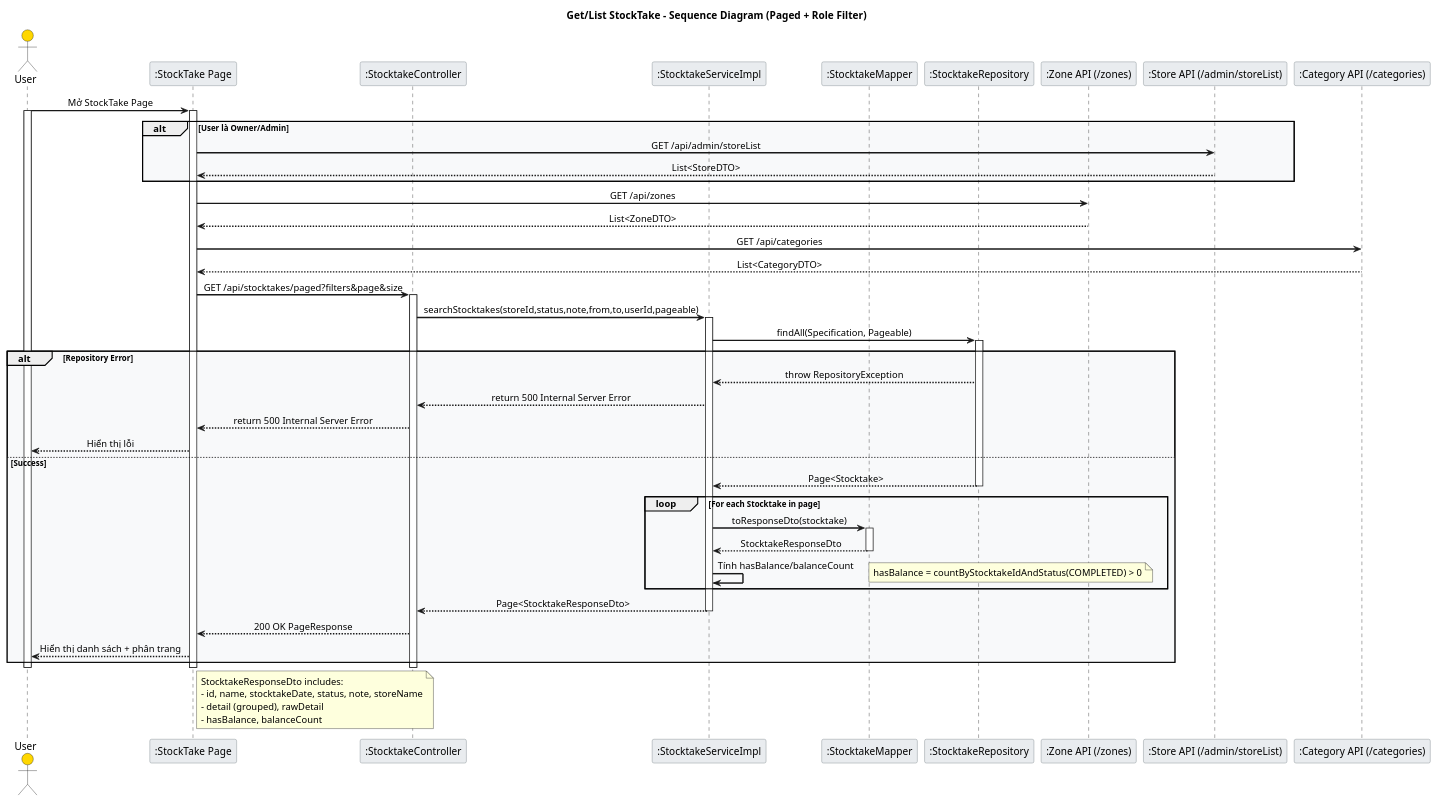
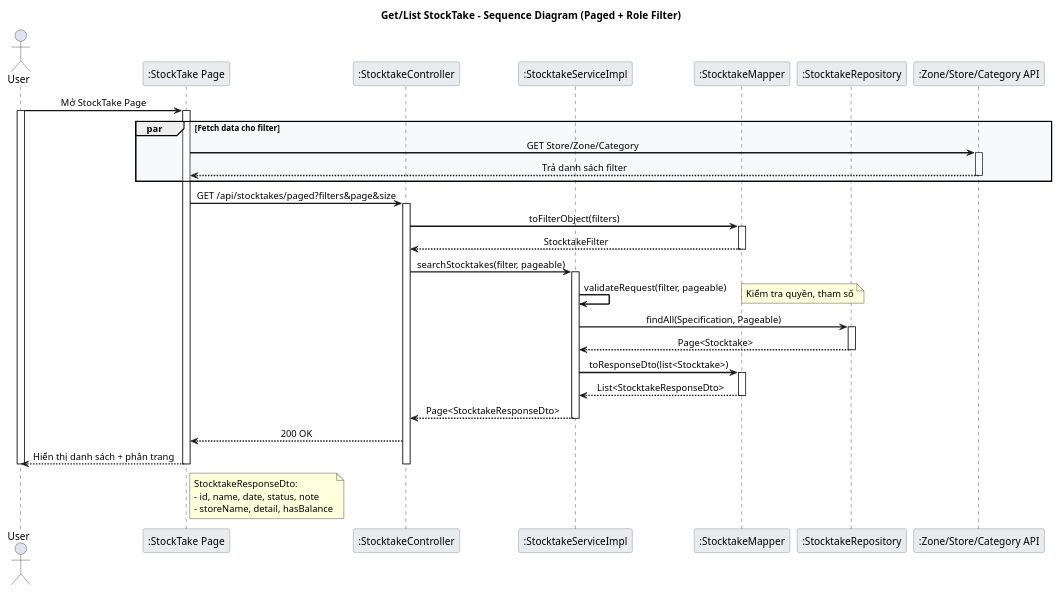
The diagram in Stocktake_Read_Sequence.puml (LamVNT/Farmovo), drawn with PlantUML before and after one commit. The commit also changed 20 other files, not shown here.

Commit message:
Fix Sequence diagram

```diff
--- a/Stocktake_Read_Sequence.puml
+++ b/Stocktake_Read_Sequence.puml
@@ -1,78 +1,71 @@
 @startuml Stocktake_Read_Sequence
 
 skinparam backgroundColor white
 skinparam sequenceArrowThickness 2
 skinparam sequenceMessageAlign center
 skinparam sequenceGroupBodyBackgroundColor #F8F9FA
 skinparam sequenceParticipantBorderColor #6C757D
 skinparam sequenceParticipantBackgroundColor #E9ECEF
 skinparam sequenceLifeLineStroke dash
-skinparam actorBackgroundColor #FFD700
 
 title Get/List StockTake - Sequence Diagram (Paged + Role Filter)
 
 actor User
 participant ":StockTake Page" as UI
 participant ":StocktakeController" as CC
 participant ":StocktakeServiceImpl" as CS
 participant ":StocktakeMapper" as CM
 participant ":StocktakeRepository" as CR
-participant ":Zone API (/zones)" as ZoneAPI
-participant ":Store API (/admin/storeList)" as StoreAPI
-participant ":Category API (/categories)" as CategoryAPI
+participant ":Zone/Store/Category API" as ExtAPI
 
 User -> UI: Mở StockTake Page
 activate User
 activate UI
 
-alt User là Owner/Admin
-  UI -> StoreAPI: GET /api/admin/storeList
-  StoreAPI --> UI: List<StoreDTO>
+par Fetch data cho filter
+  UI -> ExtAPI: GET Store/Zone/Category
+  activate ExtAPI
+  ExtAPI --> UI: Trả danh sách filter
+  deactivate ExtAPI
 end
-UI -> ZoneAPI: GET /api/zones
-ZoneAPI --> UI: List<ZoneDTO>
-UI -> CategoryAPI: GET /api/categories
-CategoryAPI --> UI: List<CategoryDTO>
 
 UI -> CC: GET /api/stocktakes/paged?filters&page&size
 activate CC
-CC -> CS: searchStocktakes(storeId,status,note,from,to,userId,pageable)
+CC -> CM: toFilterObject(filters)
+activate CM
+CM --> CC: StocktakeFilter
+deactivate CM
+
+CC -> CS: searchStocktakes(filter, pageable)
 activate CS
+
+CS -> CS: validateRequest(filter, pageable)
+note right: Kiểm tra quyền, tham số
+
 CS -> CR: findAll(Specification, Pageable)
 activate CR
-alt Repository Error
-    CR --> CS: throw RepositoryException
-    CS --> CC: return 500 Internal Server Error
-    CC --> UI: return 500 Internal Server Error
-    UI --> User: Hiển thị lỗi
-else Success
-    CR --> CS: Page<Stocktake>
-    deactivate CR
-    loop For each Stocktake in page
-        CS -> CM: toResponseDto(stocktake)
-        activate CM
-        CM --> CS: StocktakeResponseDto
-        deactivate CM
-        CS -> CS: Tính hasBalance/balanceCount
-        note right
-            hasBalance = countByStocktakeIdAndStatus(COMPLETED) > 0
-        end note
-    end
-    CS --> CC: Page<StocktakeResponseDto>
-    deactivate CS
-    CC --> UI: 200 OK PageResponse
-    UI --> User: Hiển thị danh sách + phân trang
-end
+CR --> CS: Page<Stocktake>
+deactivate CR
+
+CS -> CM: toResponseDto(list<Stocktake>)
+activate CM
+CM --> CS: List<StocktakeResponseDto>
+deactivate CM
+
+CS --> CC: Page<StocktakeResponseDto>
+deactivate CS
+
+CC --> UI: 200 OK
+UI --> User: Hiển thị danh sách + phân trang
 
 deactivate CC
 deactivate UI
 deactivate User
 
 note right of UI
-    StocktakeResponseDto includes:
-    - id, name, stocktakeDate, status, note, storeName
-    - detail (grouped), rawDetail
-    - hasBalance, balanceCount
+    StocktakeResponseDto:
+    - id, name, date, status, note
+    - storeName, detail, hasBalance
 end note
 
 @enduml
```
